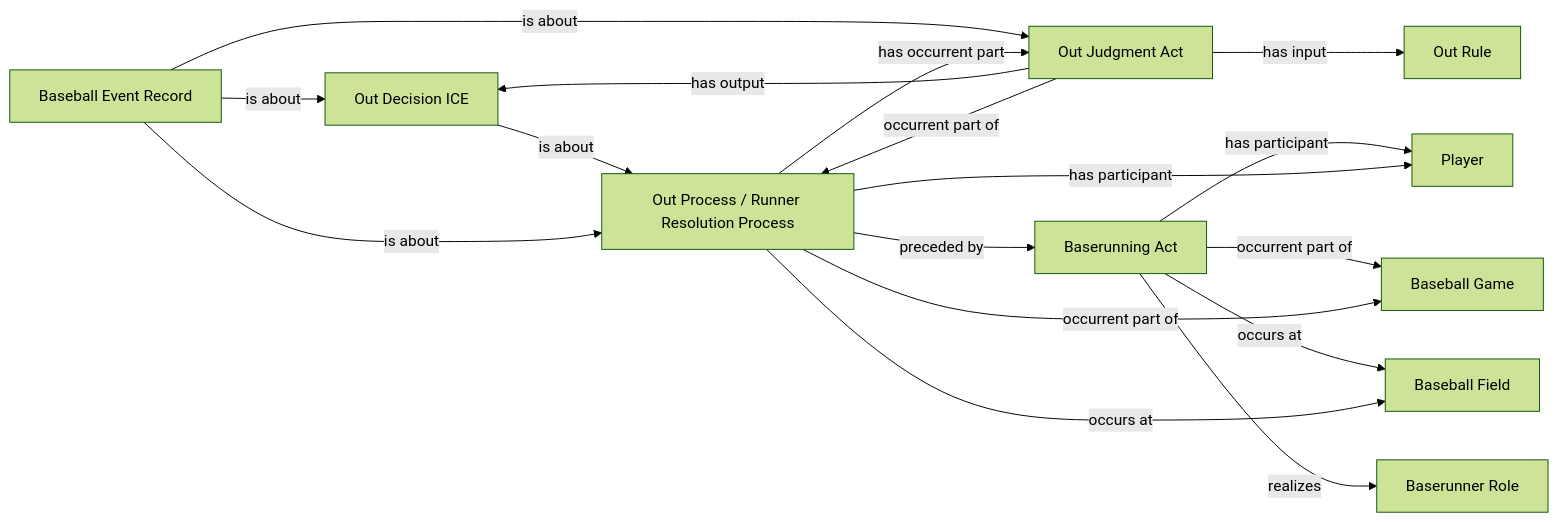
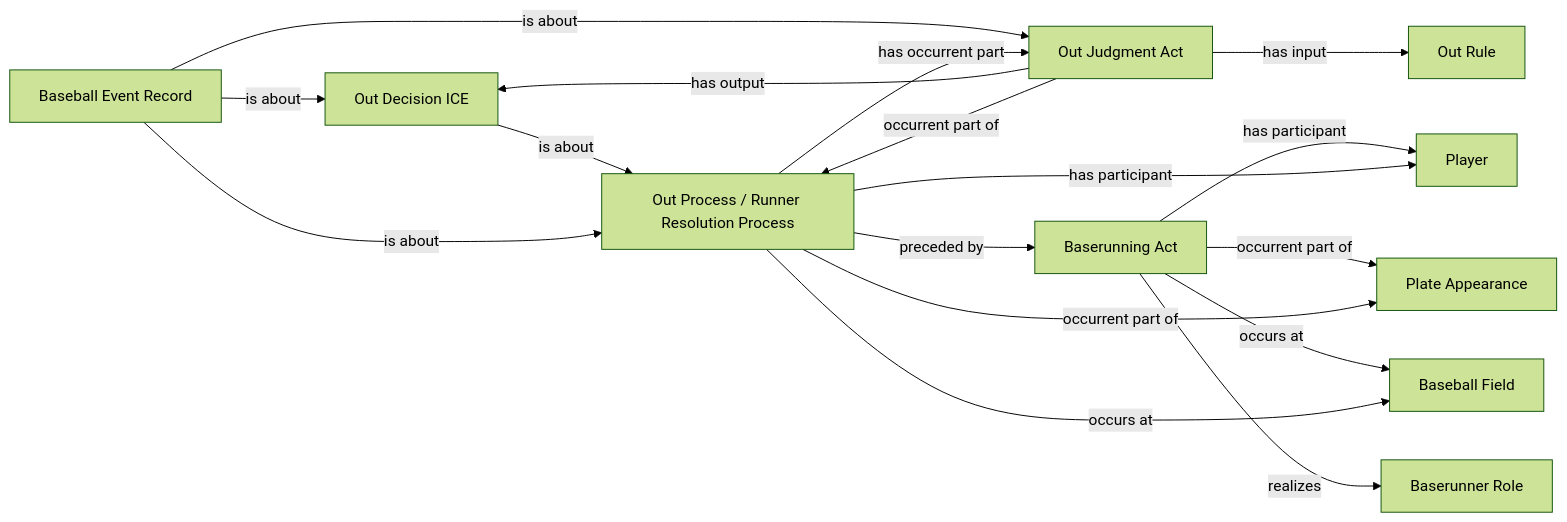
Before and after one commit to CarterBeauBenson/BaseballO: the diagram in Baseball/mermaid/patterns/ontology/38-runner-out.md, drawn with Mermaid (forest theme). The commit also changed other lines of this file and 122 other files, not shown here.

````diff
--- a/Baseball/mermaid/patterns/ontology/38-runner-out.md
+++ b/Baseball/mermaid/patterns/ontology/38-runner-out.md
@@ -10,29 +10,29 @@
 ```mermaid
 flowchart LR
     N01["Out Rule"]
-    N02["Baseball Game"]
-    N03["Out Decision ICE"]
-    N04["Out Judgment Act"]
+    N02["Out Decision ICE"]
+    N03["Out Judgment Act"]
+    N04["Plate Appearance"]
     N05["Baserunner Role"]
     N06["Baserunning Act"]
     N07["Baseball Event Record"]
     N08["Out Process / Runner Resolution Process"]
     N09["Player"]
     N10["Baseball Field"]
-    N03 -->|is about| N08
-    N04 -->|has input| N01
-    N04 -->|has output| N03
-    N04 -->|occurrent part of| N08
+    N02 -->|is about| N08
+    N03 -->|has input| N01
+    N03 -->|has output| N02
+    N03 -->|occurrent part of| N08
     N06 -->|has participant| N09
-    N06 -->|occurrent part of| N02
+    N06 -->|occurrent part of| N04
     N06 -->|occurs at| N10
     N06 -->|realizes| N05
+    N07 -->|is about| N02
     N07 -->|is about| N03
-    N07 -->|is about| N04
     N07 -->|is about| N08
-    N08 -->|has occurrent part| N04
+    N08 -->|has occurrent part| N03
     N08 -->|has participant| N09
-    N08 -->|occurrent part of| N02
+    N08 -->|occurrent part of| N04
     N08 -->|occurs at| N10
     N08 -->|preceded by| N06
 ```
````
